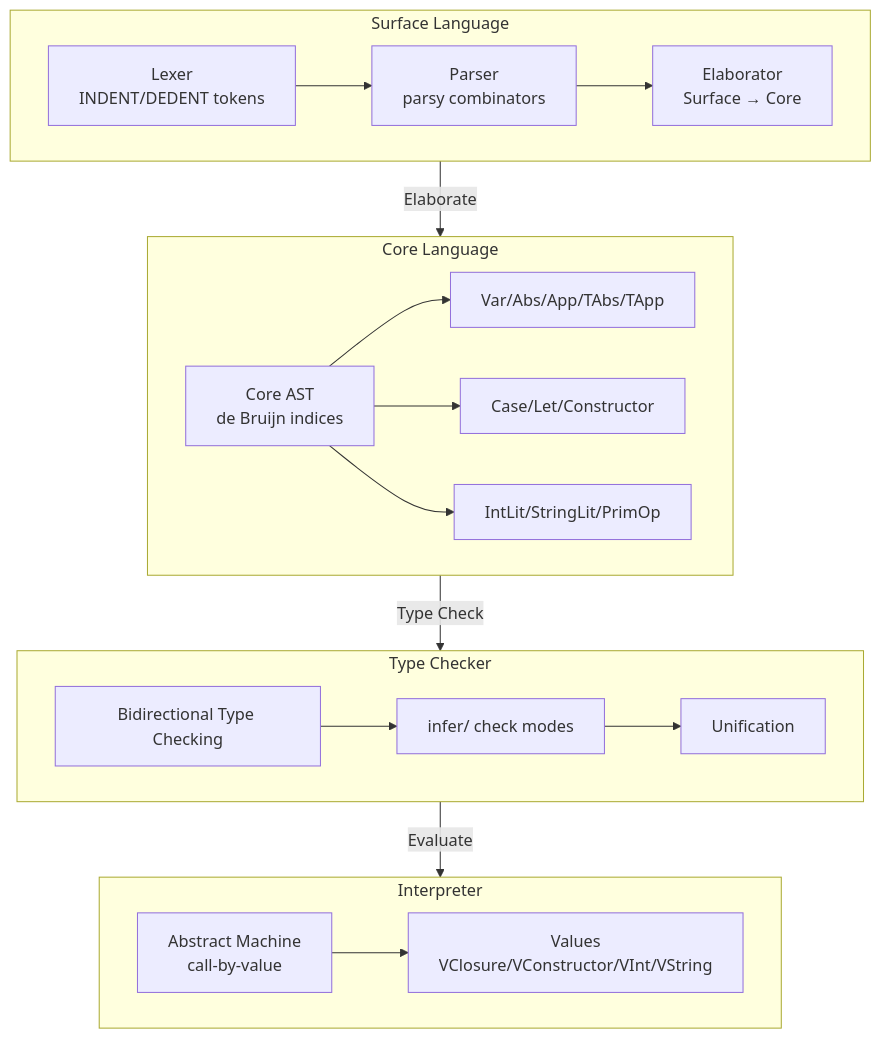
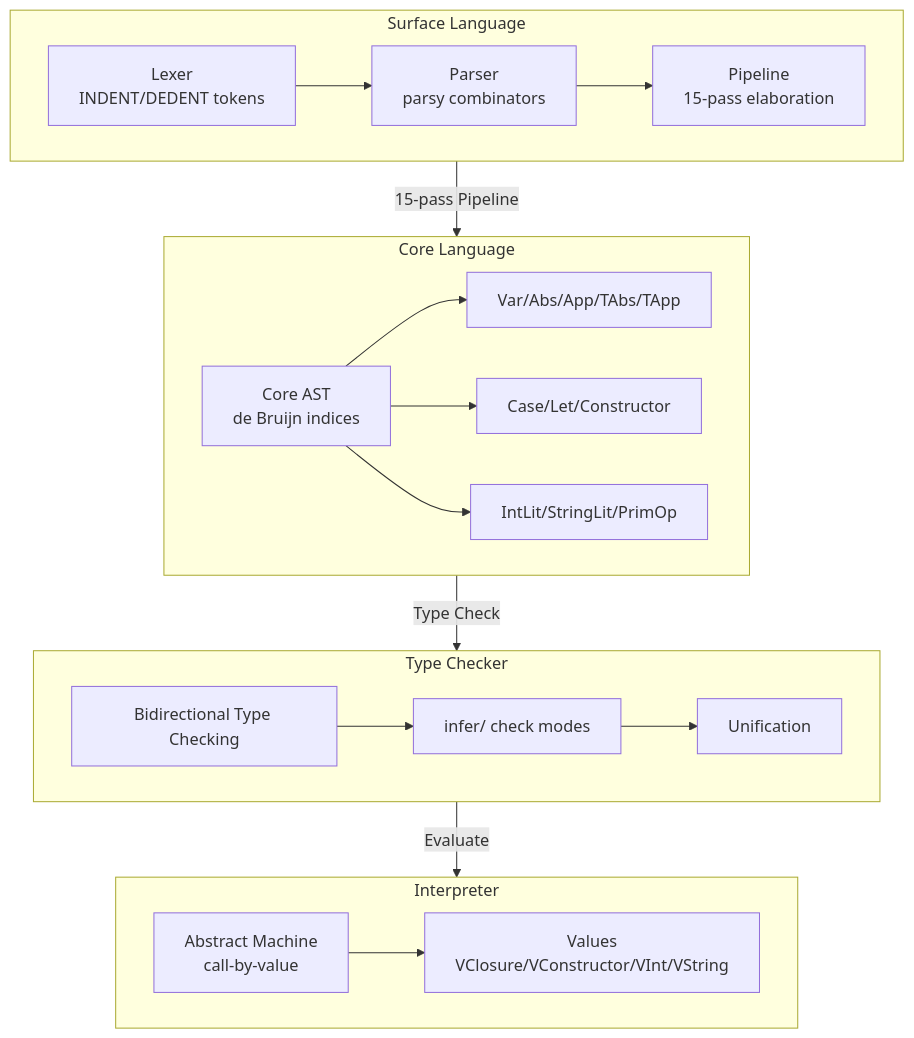
Before and after one commit to emliunix/bub: the first of 3 diagrams in systemf/docs/architecture/overview.md, drawn with Mermaid. The commit also changed other lines of this file and 2 other files, not shown here.

First line of the commit message:
docs(systemf): Update architecture documentation for multi-pass elaborator

````diff
--- a/systemf/docs/architecture/overview.md
+++ b/systemf/docs/architecture/overview.md
@@ -34,36 +36,36 @@
 ```mermaid
 graph TB
     subgraph Surface["Surface Language"]
         L[Lexer<br/>INDENT/DEDENT tokens]
         P[Parser<br/>parsy combinators]
-        E[Elaborator<br/>Surface → Core]
+        E[Pipeline<br/>15-pass elaboration]
         L --> P --> E
     end
     
     subgraph Core["Core Language"]
         AST[Core AST<br/>de Bruijn indices]
         AST_V[Var/Abs/App/TAbs/TApp]
         AST_C[Case/Let/Constructor]
         AST_P[IntLit/StringLit/PrimOp]
         AST --> AST_V
         AST --> AST_C
         AST --> AST_P
     end
     
     subgraph TypeChecker["Type Checker"]
         TC[Bidirectional Type Checking]
         TC_F[infer/ check modes]
         TC_U[Unification]
         TC --> TC_F --> TC_U
     end
     
     subgraph Interpreter["Interpreter"]
         IM[Abstract Machine<br/>call-by-value]
         Val[Values<br/>VClosure/VConstructor/VInt/VString]
         IM --> Val
     end
     
-    Surface -->|Elaborate| Core
+    Surface -->|15-pass Pipeline| Core
     Core -->|Type Check| TypeChecker
     TypeChecker -->|Evaluate| Interpreter
 ```
````
